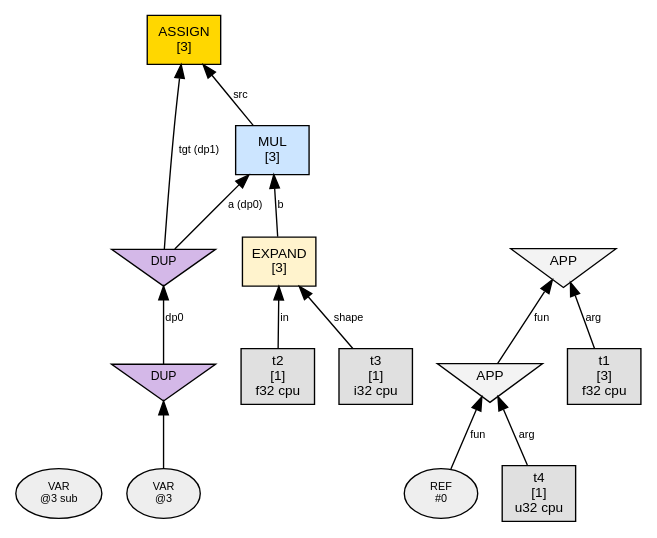
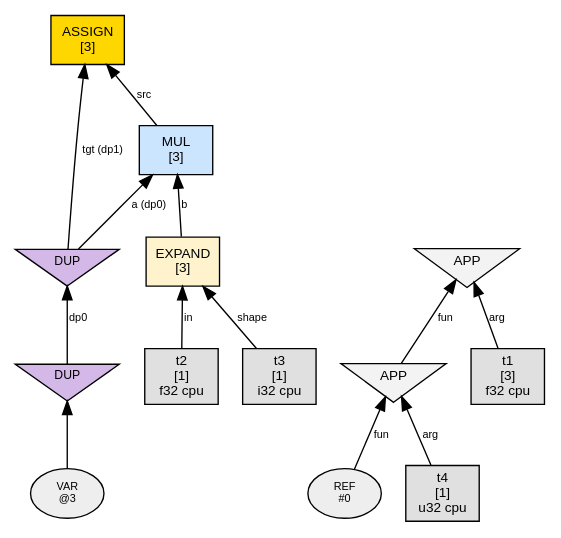
Before and after one commit to sw1sh/TinyHVM: the diagram in phase1_graphs/loop_assign_simple/n2_pre_reduce.dot, drawn with Graphviz. The commit also changed 117 other files, not shown here.

First line of the commit message:
docs: regenerate loop graphs with root-only fix

```diff
--- a/phase1_graphs/loop_assign_simple/n2_pre_reduce.dot
+++ b/phase1_graphs/loop_assign_simple/n2_pre_reduce.dot
@@ -1,32 +1,31 @@
 digraph G {
   rankdir=BT;
   node [fontname="Helvetica", fontsize=10, style=filled, shape=box, margin="0.1,0.05"];
   edge [fontsize=8, fontname="Helvetica"];
 
-  var3 [label="VAR\n@3 sub", shape=oval, fillcolor="#eeeeee", fontsize=8];
   n10 [label="EXPAND\n[3]", shape=box, fillcolor="#fff3cd"];
   t2 [label="t2\n[1]\nf32 cpu",shape=box,fillcolor="#e0e0e0"];
   t2 -> n10 [label="in"];
   t3 [label="t3\n[1]\ni32 cpu",shape=box,fillcolor="#e0e0e0"];
   t3 -> n10 [label="shape"];
   n14 [label="MUL\n[3]", shape=box, fillcolor="#cce5ff"];
   dup8 [label="DUP", shape=invtriangle, fillcolor="#d4b8e8", fontsize=9, width=0.7, height=0.5];
   dup7 -> dup8 [label="dp0"];
   dup7 [label="DUP", shape=invtriangle, fillcolor="#d4b8e8", fontsize=9, width=0.7, height=0.5];
   var7 [label="VAR\n@3", shape=oval, fillcolor="#eeeeee", fontsize=8];
   var7 -> dup7;
   dup8 -> n14 [label="a (dp0)"];
   n10 -> n14 [label="b"];
   n18 [label="ASSIGN\n[3]", shape=box, fillcolor="#ffd700"];
   dup8 -> n18 [label="tgt (dp1)"];
   n14 -> n18 [label="src"];
   ref29 [label="REF\n#0", shape=oval, fillcolor="#eeeeee", fontsize=8];
   n29 [label="APP", shape=invtriangle, fillcolor="#f3f3f3"];
   ref29 -> n29 [label="fun"];
   t4 [label="t4\n[1]\nu32 cpu",shape=box,fillcolor="#e0e0e0"];
   t4 -> n29 [label="arg"];
   n31 [label="APP", shape=invtriangle, fillcolor="#f3f3f3"];
   n29 -> n31 [label="fun"];
   t1 [label="t1\n[3]\nf32 cpu",shape=box,fillcolor="#e0e0e0"];
   t1 -> n31 [label="arg"];
 }
```
